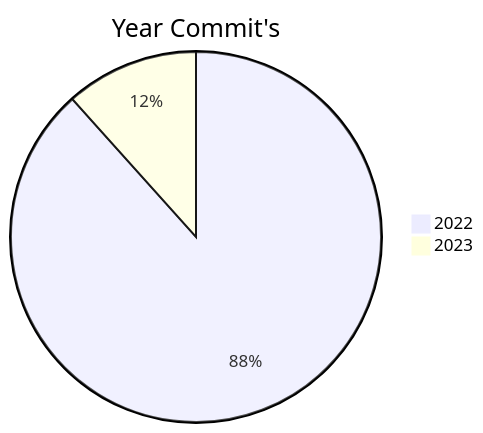
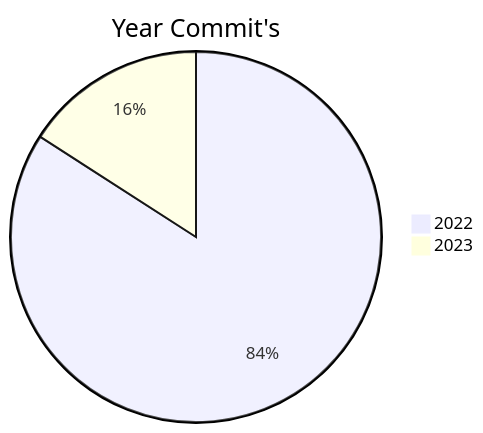
The first of 2 diagrams in README.md (BackdevHong/YOC), drawn with Mermaid before and after one commit. The commit also changed other lines of this file, not shown here.

````diff
--- a/README.md
+++ b/README.md
@@ -8,5 +8,5 @@
 ```mermaid
 pie title Year Commit's
     "2022" : 767
-    "2023" : 101
+    "2023" : 145
 ```
````
